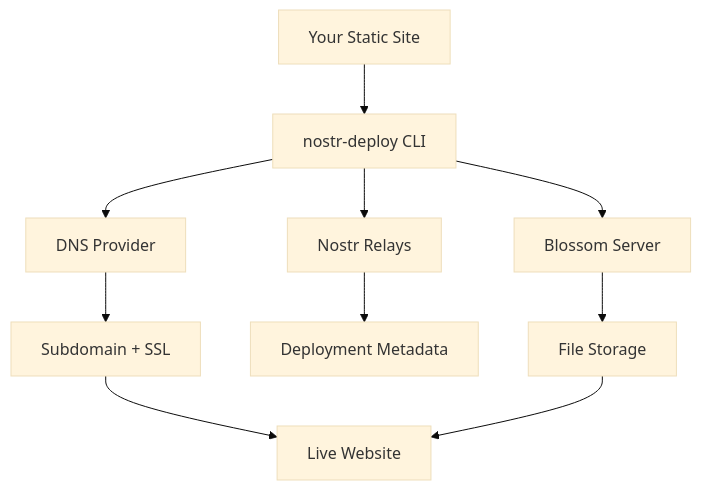
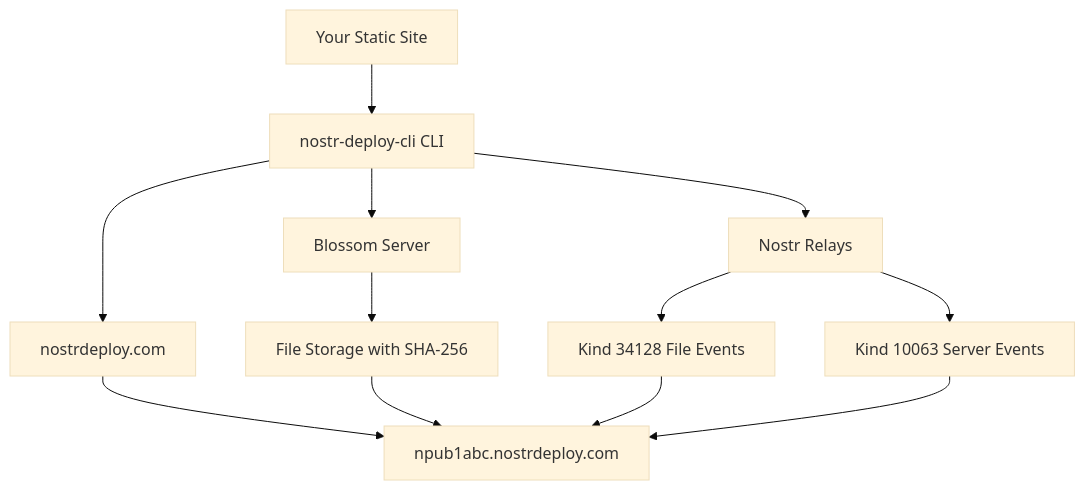
The diagram in README.md (sepehr-safari/nostr-deploy-cli), drawn with Mermaid (base theme) before and after one commit. The commit also changed other lines of this file and 12 other files, not shown here.

````diff
--- a/README.md
+++ b/README.md
@@ -232,12 +238,14 @@
 ```mermaid
 graph TB
-    A[Your Static Site] --> B[nostr-deploy CLI]
+    A[Your Static Site] --> B[nostr-deploy-cli CLI]
     B --> C[Blossom Server]
     B --> D[Nostr Relays]
-    B --> E[DNS Provider]
-    C --> F[File Storage]
-    D --> G[Deployment Metadata]
-    E --> H[Subdomain + SSL]
-    H --> I[Live Website]
+    B --> E[nostrdeploy.com]
+    C --> F[File Storage with SHA-256]
+    D --> G[Kind 34128 File Events]
+    D --> H[Kind 10063 Server Events]
+    E --> I[npub1abc.nostrdeploy.com]
     F --> I
+    G --> I
+    H --> I
 ```
````
